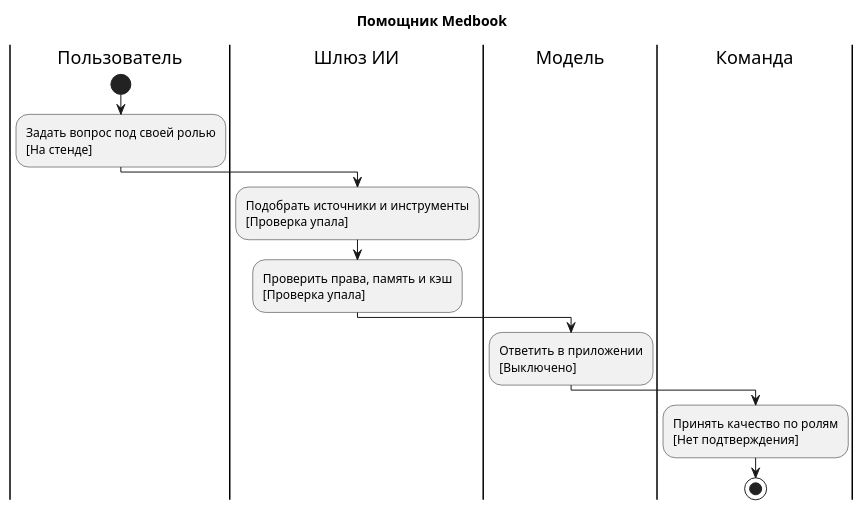
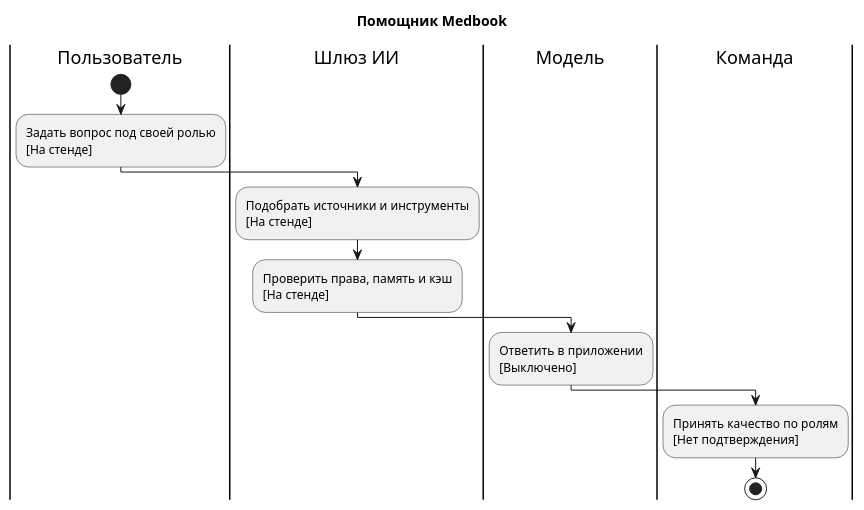
The diagram in ai.puml (medbookdev/medbook-readiness), drawn with PlantUML before and after one commit. The commit also changed 11 other files, not shown here.

```diff
--- a/ai.puml
+++ b/ai.puml
@@ -1,16 +1,16 @@
 @startuml
 title Помощник Medbook
 |Пользователь|
 start
 |Пользователь|
 :Задать вопрос под своей ролью\n[На стенде];
 |Шлюз ИИ|
-:Подобрать источники и инструменты\n[Проверка упала];
+:Подобрать источники и инструменты\n[На стенде];
 |Шлюз ИИ|
-:Проверить права, память и кэш\n[Проверка упала];
+:Проверить права, память и кэш\n[На стенде];
 |Модель|
 :Ответить в приложении\n[Выключено];
 |Команда|
 :Принять качество по ролям\n[Нет подтверждения];
 stop
 @enduml
```
